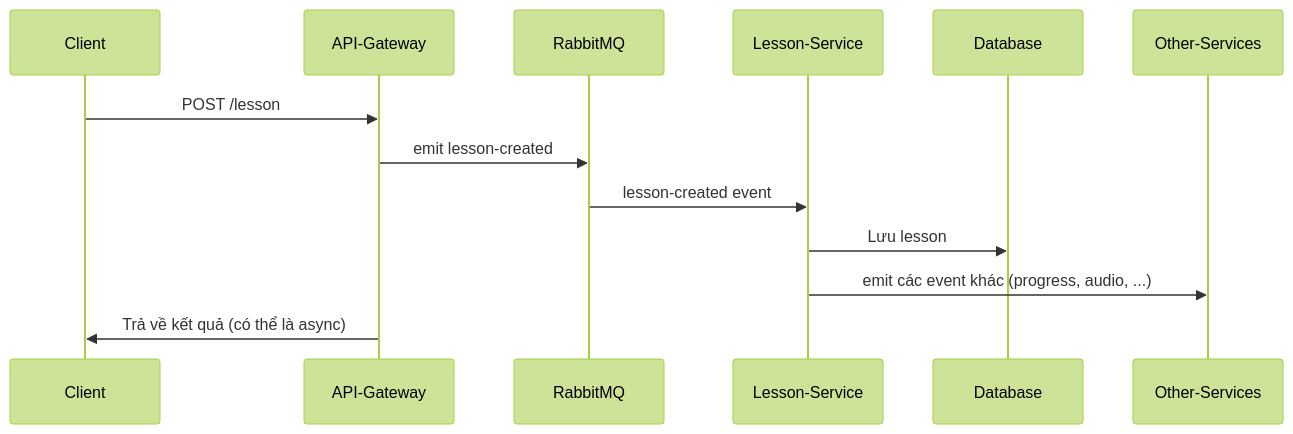
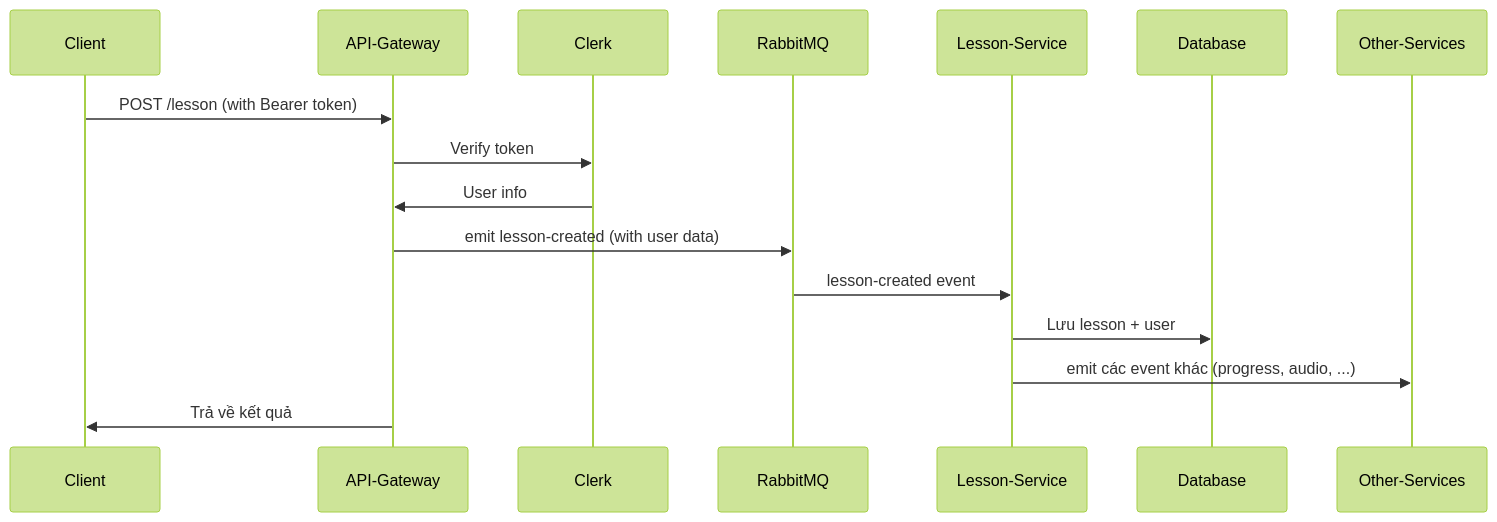
Before and after one commit to hoan02/puchi-be: the diagram in README.md, drawn with Mermaid (forest theme). The commit also changed other lines of this file and 12 other files, not shown here.

Commit message:
feat: bổ sung scripts và database seeding - Thêm đầy đủ scripts trong package.json cho development, build, test, database - Tạo prisma/seed.ts với dữ liệu mẫu - Cập nhật README với hướng dẫn scripts chi tiết - Thêm Makefile cho Linux/Mac - Cập nhật Clerk authentication sử dụng @clerk/express

````diff
--- a/README.md
+++ b/README.md
@@ -38,16 +40,19 @@
 ```mermaid
 sequenceDiagram
     participant Client
     participant API-Gateway
+    participant Clerk
     participant RabbitMQ
     participant Lesson-Service
     participant Database
     participant Other-Services
 
-    Client->>API-Gateway: POST /lesson
-    API-Gateway->>RabbitMQ: emit lesson-created
+    Client->>API-Gateway: POST /lesson (with Bearer token)
+    API-Gateway->>Clerk: Verify token
+    Clerk->>API-Gateway: User info
+    API-Gateway->>RabbitMQ: emit lesson-created (with user data)
     RabbitMQ->>Lesson-Service: lesson-created event
-    Lesson-Service->>Database: Lưu lesson
+    Lesson-Service->>Database: Lưu lesson + user
     Lesson-Service->>Other-Services: emit các event khác (progress, audio, ...)
-    API-Gateway->>Client: Trả về kết quả (có thể là async)
+    API-Gateway->>Client: Trả về kết quả
 ```
````
